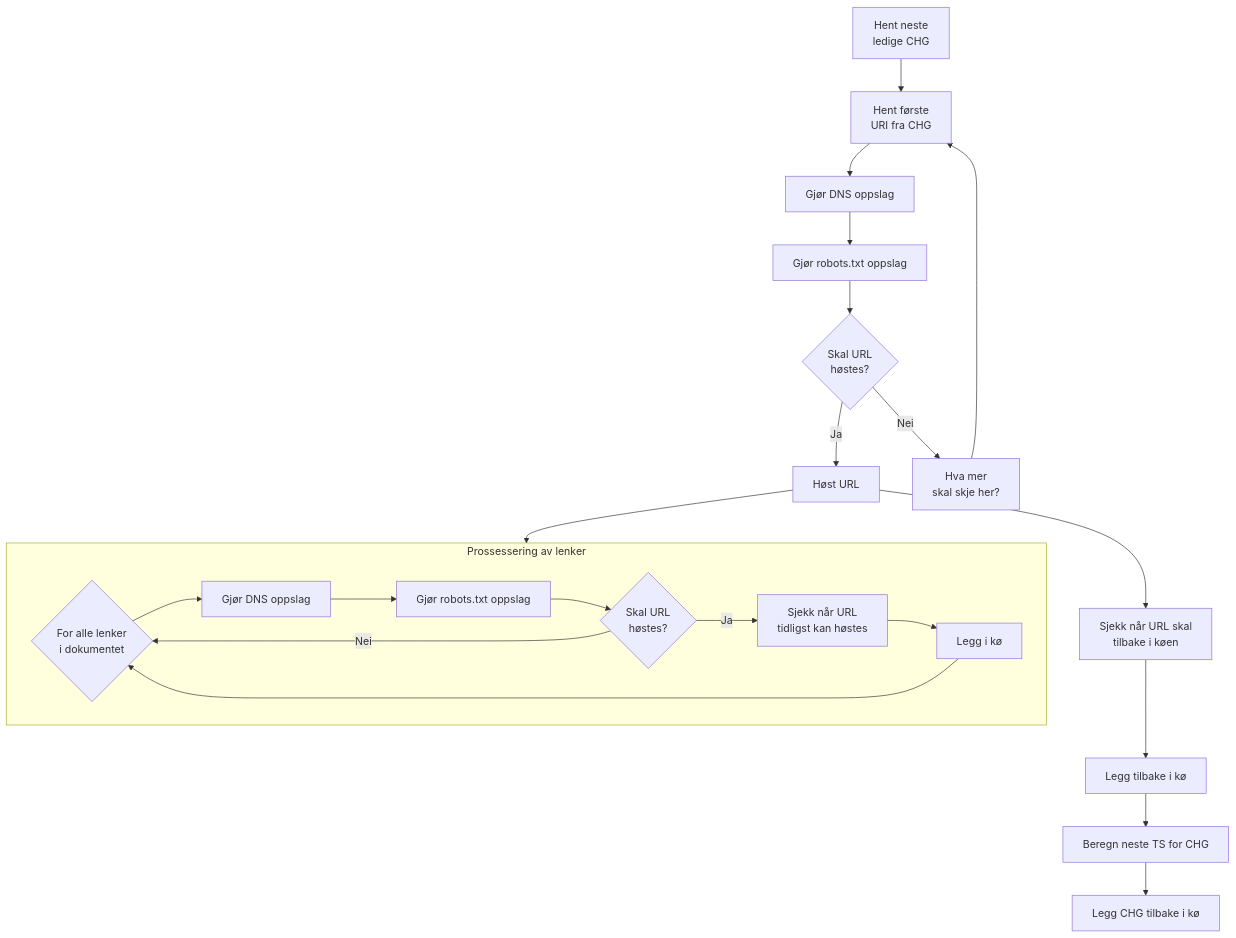
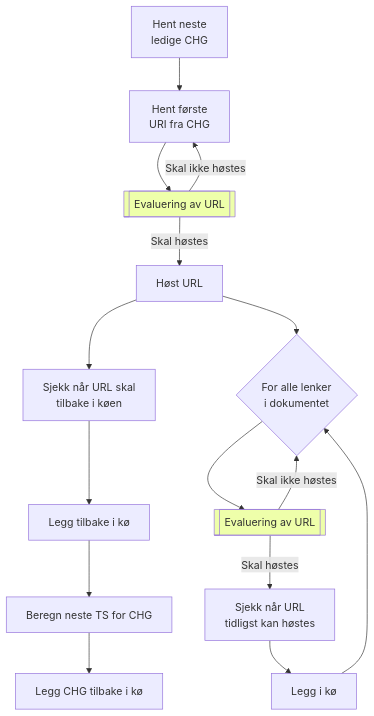
Before and after one commit to nlnwa/veidemann-frontier: the first of 2 diagrams in docs/flow.md, drawn with Mermaid. The commit also changed other lines of this file, not shown here.

````diff
--- a/docs/flow.md
+++ b/docs/flow.md
@@ -1,35 +20,14 @@
 ```mermaid
 flowchart TD
-    s1[Hent neste\n ledige CHG]
-    s2[Hent første\n URI fra CHG]
-    s3[Gjør DNS oppslag]
-    s4[Gjør robots.txt oppslag]
-    s5{Skal URL\n høstes?}
-    s6[Høst URL]
-    s7[Sjekk når URL skal\n tilbake i køen]
-    s8[Legg tilbake i kø]
-    s9[Beregn neste TS for CHG]
-    s10[Legg CHG tilbake i kø]
-    l1{For alle lenker\n i dokumentet}
-    l2[Gjør DNS oppslag]
-    l3[Gjør robots.txt oppslag]
-    l4{Skal URL\n høstes?}
-    l5[Sjekk når URL\n tidligst kan høstes]
-    l6[Legg i kø]
-    d1[Hva mer\n skal skje her?]
-    s1-->s2
-    s2-->s3
-    s3-->s4
-    s4-->s5
-    s5-->|Ja|s6
-    s5-->|Nei|d1-->s2
-    s6-->s7
-    s6-->sg1
-    s7-->s8
-    s8-->s9
-    s9-->s10
-    subgraph sg1[Prossessering av lenker]
-    l1-->l2-->l3-->l4-->|Ja|l5-->l6-->l1
-    l4-->|Nei|l1
-    end
+    classDef in fill:#5d7;
+    classDef out fill:#ff5;
+    classDef proc fill:#efa;
+
+    s1[Hent neste\n ledige CHG] --> s2[Hent første\n URI fra CHG] --> s3[[Evaluering av URL]]:::proc
+    s3 -->|Skal ikke høstes| s2
+    s3 -->|Skal høstes| s6[Høst URL]
+    s6 --> s7[Sjekk når URL skal\n tilbake i køen] --> s8[Legg tilbake i kø] --> s9[Beregn neste TS for CHG] --> s10[Legg CHG tilbake i kø]
+    s6 --> l1{For alle lenker\n i dokumentet} --> l2[[Evaluering av URL]]:::proc
+    l2 -->|Skal høstes| l3[Sjekk når URL\n tidligst kan høstes] --> l4[Legg i kø] --> l1
+    l2 -->|Skal ikke høstes| l1
 ```
````
